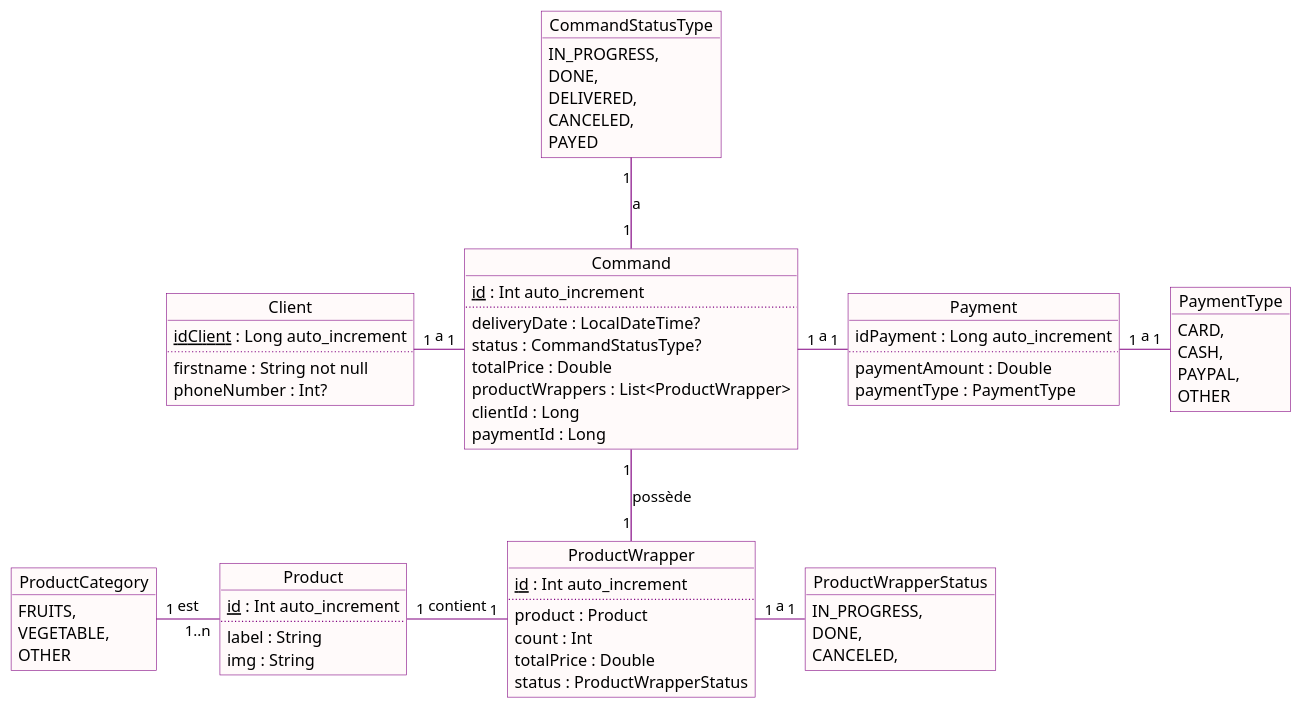
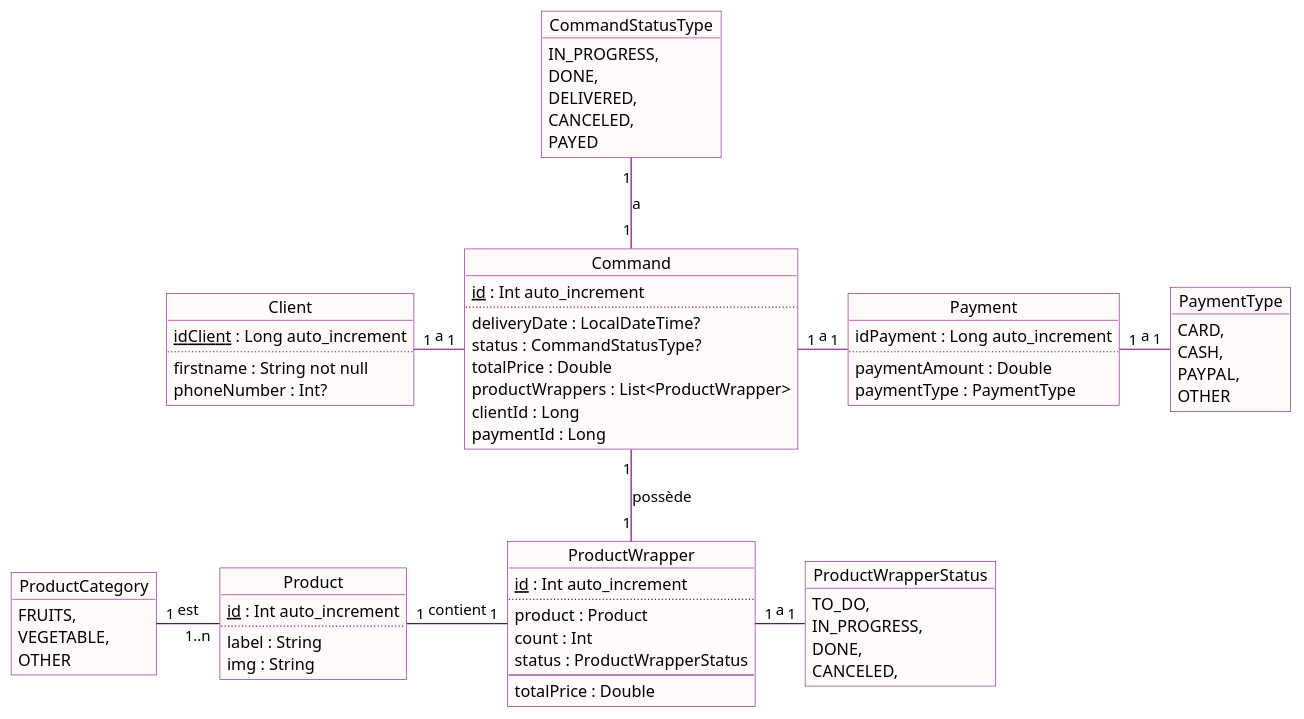
Before and after one commit to Schtroumphy/FeedMe: the diagram in documentation/src/main/java/com/jeanloth/project/android/kotlin/documentation/conception.puml, drawn with PlantUML.

Commit message:
[CONCEPTION] Minor fix

```diff
--- a/documentation/src/main/java/com/jeanloth/project/android/kotlin/documentation/conception.puml
+++ b/documentation/src/main/java/com/jeanloth/project/android/kotlin/documentation/conception.puml
@@ -1,88 +1,90 @@
 @startuml
 
 skinparam object {
     BackgroundColor Snow
     BorderColor Purple
     ArrowColor Purple
 }
 
 object Client{
     <u>idClient</u> : Long auto_increment
     ..
     firstname : String not null
     phoneNumber : Int?
 }
 
 object PaymentType{
     CARD,
     CASH,
     PAYPAL,
     OTHER
 }
 
 object Payment {
     idPayment : Long auto_increment
     ..
     paymentAmount : Double
     paymentType : PaymentType
 }
 
 object Command{
     <u>id</u> : Int auto_increment
     ..
     deliveryDate : LocalDateTime?
     status : CommandStatusType?
     totalPrice : Double
     productWrappers : List<ProductWrapper>
 
     clientId : Long
     paymentId : Long
 }
 
 object ProductWrapper {
     <u>id</u> : Int auto_increment
     ..
     product : Product
     count : Int
+    status : ProductWrapperStatus
+    --
     totalPrice : Double
-    status : ProductWrapperStatus
 }
 
 object ProductWrapperStatus{
+    TO_DO,
     IN_PROGRESS,
     DONE,
     CANCELED,
 }
 
 object CommandStatusType{
     IN_PROGRESS,
     DONE,
     DELIVERED,
     CANCELED,
     PAYED
 }
 
 object Product{
     <u>id</u> : Int auto_increment
     ..
     label : String
     img : String
 }
 
 object ProductCategory {
     FRUITS,
     VEGETABLE,
     OTHER
 }
 
 Payment "1" --right-- "1" PaymentType : a
 Command "1" --right-- "1" Payment : a
 Command "1" --left-- "1" Client : a
 Command "1" -down- "1" ProductWrapper : possède
 Command "1" -up- "1" CommandStatusType : a
 ProductWrapper "1" --right-- "1" ProductWrapperStatus : a
 Product "1..n" --left-- "1" ProductCategory : est
 Product "1" --right-- "1" ProductWrapper : contient
 
 
 @enduml
```
